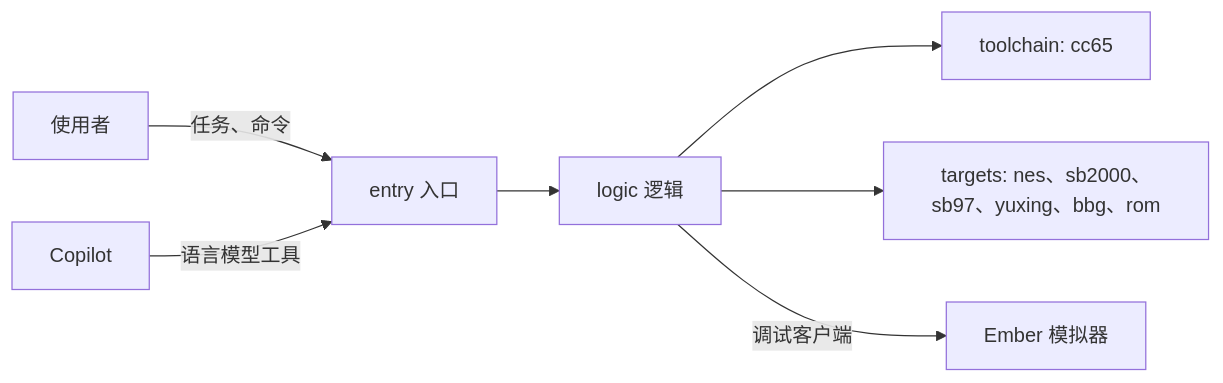
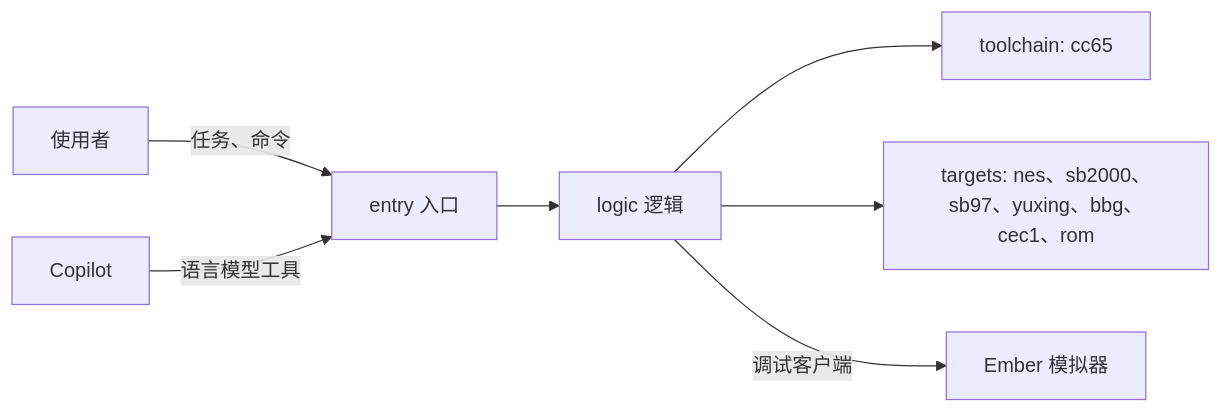
One commit to sungbindev/famiclone changed the diagram in docs/01-软件架构设计.md. Above: the diagram before and after it, drawn with Mermaid. The commit also changed other lines of this file and 138 other files, not shown here.

````diff
--- a/docs/01-软件架构设计.md
+++ b/docs/01-软件架构设计.md
@@ -44,9 +44,9 @@
 ```mermaid
 flowchart LR
   USER[使用者] -->|任务、命令| ENTRY[entry 入口]
   AGENT[Copilot] -->|语言模型工具| ENTRY
   ENTRY --> LOGIC[logic 逻辑]
   LOGIC --> TC[toolchain: cc65]
-  LOGIC --> TG[targets: nes、sb2000、sb97、yuxing、bbg、rom]
+  LOGIC --> TG[targets: nes、sb2000、sb97、yuxing、bbg、cec1、rom]
   LOGIC -->|调试客户端| EM[Ember 模拟器]
 ```
````
